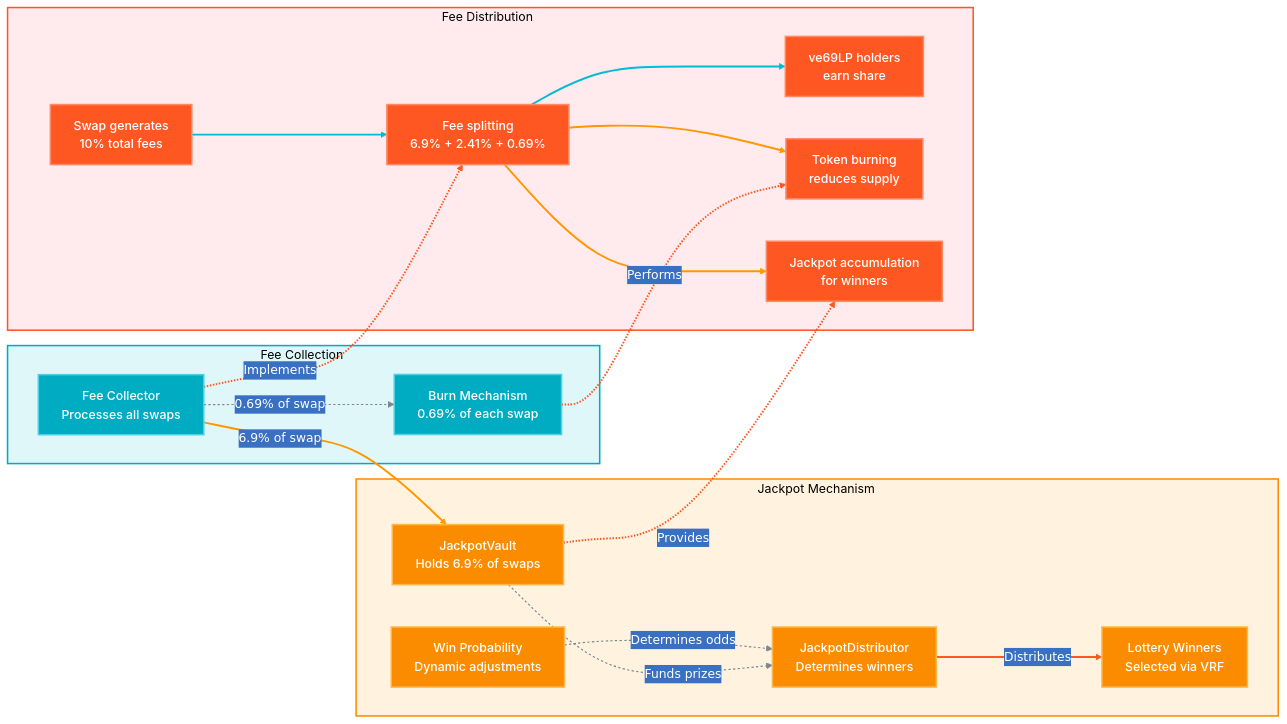
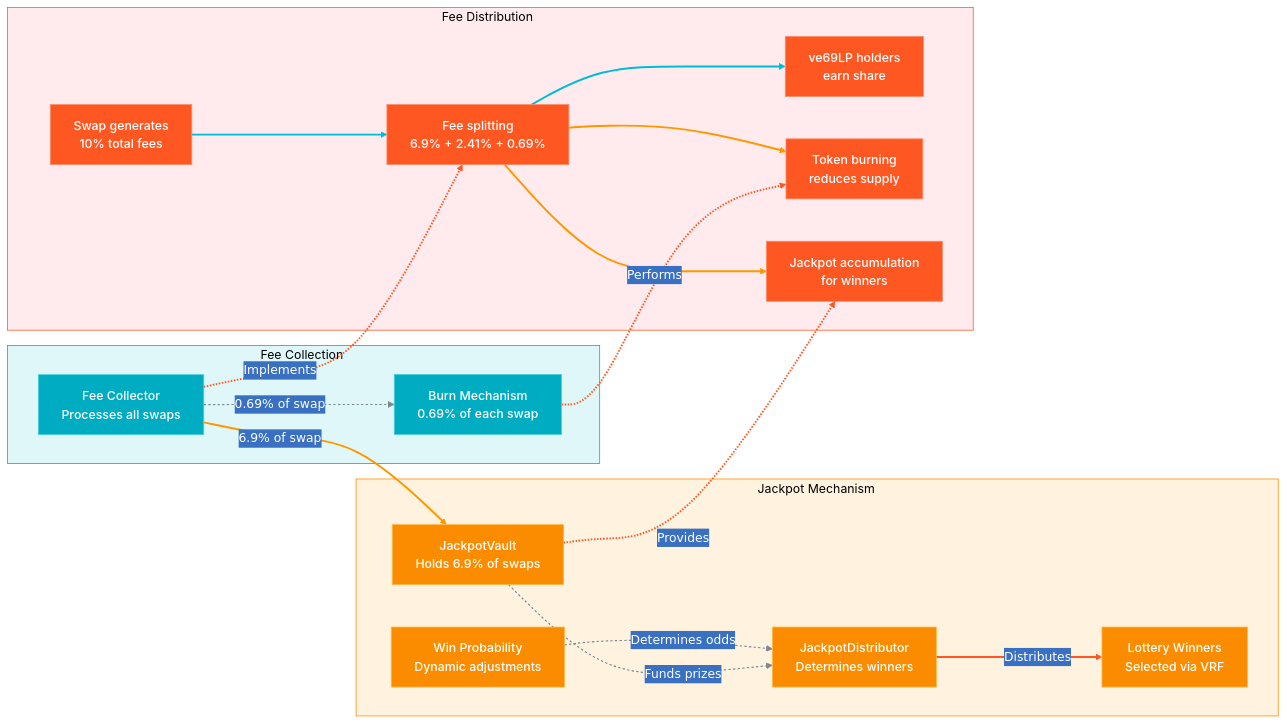
Before and after one commit to wenakita/sonicreddragon-docs: the third of 4 diagrams in docs/ecosystem/dragon_ecosystem_diagram.md, drawn with Mermaid. The commit also changed other lines of this file and 28 other files, not shown here.

```diff
--- a/docs/ecosystem/dragon_ecosystem_diagram.md
+++ b/docs/ecosystem/dragon_ecosystem_diagram.md
@@ -254,9 +254,9 @@
 
 flowchart LR
     %% Define elegant color classes
-    classDef jackpotNode fill:#fb8c00,stroke:#ffb74d,stroke-width:2px,color:#ffffff,font-weight:500,font-family:'Inter'
-    classDef feeNode fill:#00acc1,stroke:#4dd0e1,stroke-width:2px,color:#ffffff,font-weight:500,font-family:'Inter'
-    classDef processNode fill:#ff5722,stroke:#ff8a65,stroke-width:2px,color:#ffffff,font-weight:500,font-family:'Inter'
+    classDef jackpotNode fill:#fb8c00,stroke:#ffb74d,color:#ffffff,font-weight:500,font-family:'Inter'
+    classDef feeNode fill:#00acc1,stroke:#4dd0e1,color:#ffffff,font-weight:500,font-family:'Inter'
+    classDef processNode fill:#ff5722,stroke:#ff8a65,color:#ffffff,font-weight:500,font-family:'Inter'
     
     %% Fee Collection - Modern and minimalist
     subgraph Fees["Fee Collection"]
@@ -314,9 +314,9 @@
     JackpotVault -. "Provides" .-> FeeStep5
     
     %% Style the containers
-    style Fees fill:#e0f7fa,stroke:#00acc1,stroke-width:2px,color:#000000,font-family:'Inter'
-    style Jackpot fill:#fff3e0,stroke:#fb8c00,stroke-width:2px,color:#000000,font-family:'Inter'
-    style FeeProcess fill:#ffebee,stroke:#ff5722,stroke-width:2px,color:#000000,font-family:'Inter'
+    style Fees fill:#e0f7fa,stroke:#00acc1,color:#000000,font-family:'Inter'
+    style Jackpot fill:#fff3e0,stroke:#fb8c00,color:#000000,font-family:'Inter'
+    style FeeProcess fill:#ffebee,stroke:#ff5722,color:#000000,font-family:'Inter'
     
     %% Link styling for animation
     linkStyle 0,1 stroke:#00bcd4,stroke-width:2.5px,animation:flowAnimation 25s linear infinite
```
